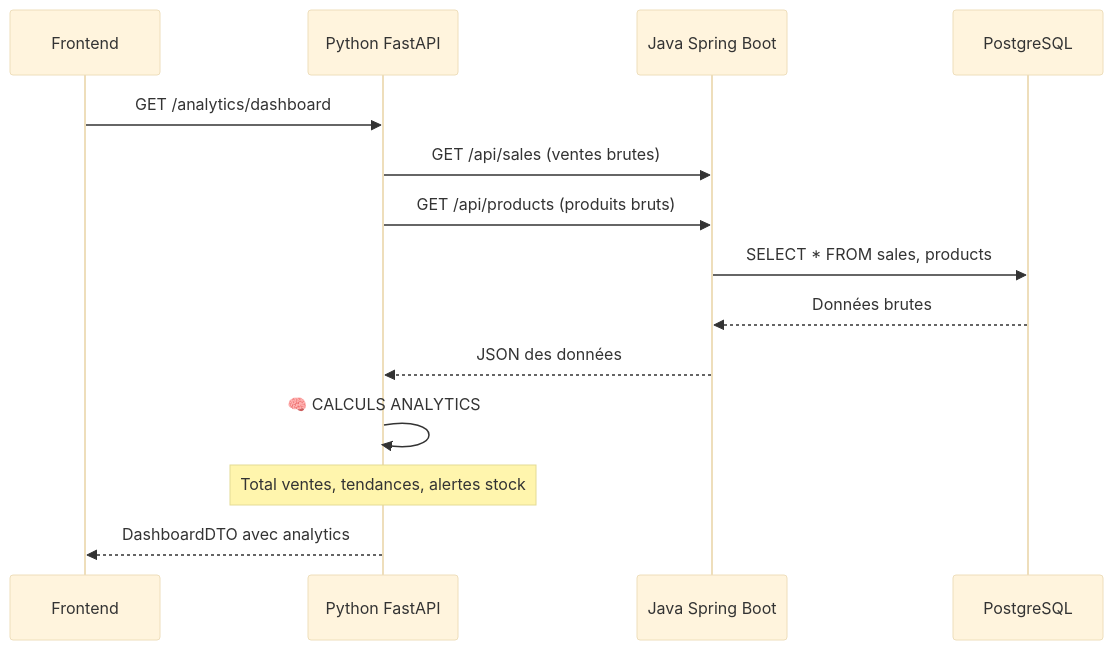
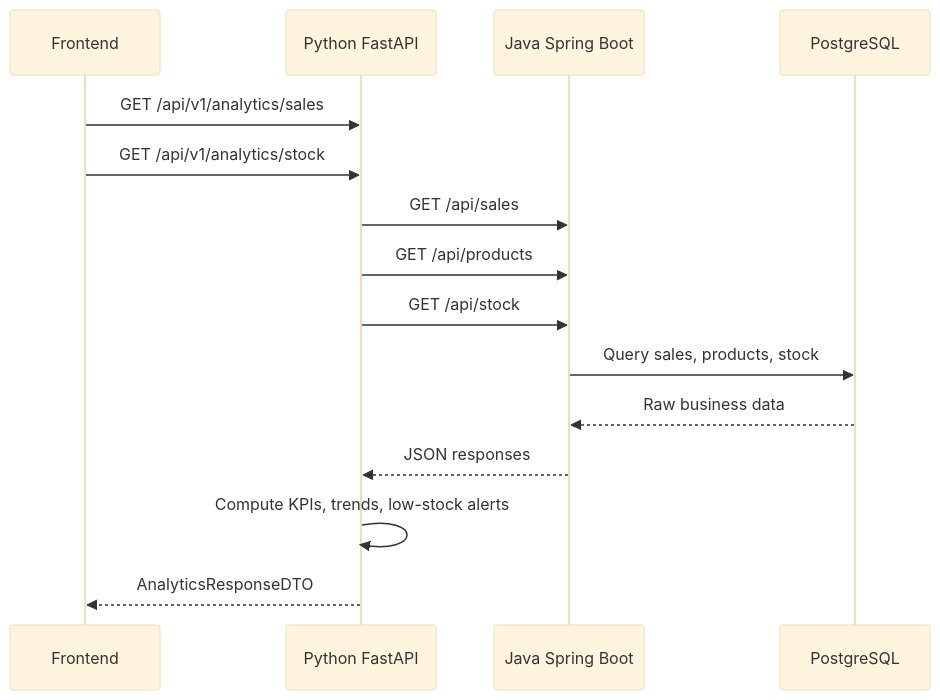
One commit to rado4002/-SalesFlow-Lite changed the second of 10 diagrams in backend-python/docs/SOFTWAREE DESIGN.md. Above: the diagram before and after it, drawn with Mermaid (base theme). The commit also changed other lines of this file, not shown here.

````diff
--- a/backend-python/docs/SOFTWAREE DESIGN.md
+++ b/backend-python/docs/SOFTWAREE DESIGN.md
@@ -73,17 +47,18 @@
 ```mermaid
 sequenceDiagram
     participant F as Frontend
     participant P as Python FastAPI
     participant J as Java Spring Boot
     participant DB as PostgreSQL
-    
-    F->>P: GET /analytics/dashboard
-    P->>J: GET /api/sales (ventes brutes)
-    P->>J: GET /api/products (produits bruts)
-    J->>DB: SELECT * FROM sales, products
-    DB-->>J: Données brutes
-    J-->>P: JSON des données
-    P->>P: 🧠 CALCULS ANALYTICS
-    Note over P: Total ventes, tendances, alertes stock
-    P-->>F: DashboardDTO avec analytics
+
+    F->>P: GET /api/v1/analytics/sales
+    F->>P: GET /api/v1/analytics/stock
+    P->>J: GET /api/sales
+    P->>J: GET /api/products
+    P->>J: GET /api/stock
+    J->>DB: Query sales, products, stock
+    DB-->>J: Raw business data
+    J-->>P: JSON responses
+    P->>P: Compute KPIs, trends, low-stock alerts
+    P-->>F: AnalyticsResponseDTO
 ```
````
